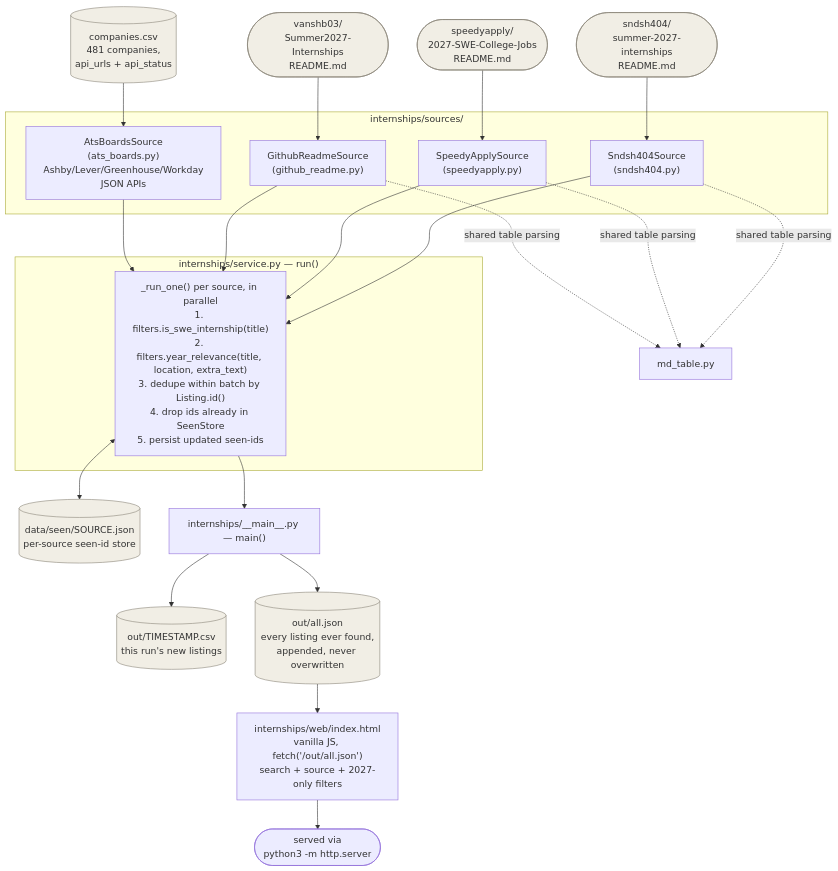
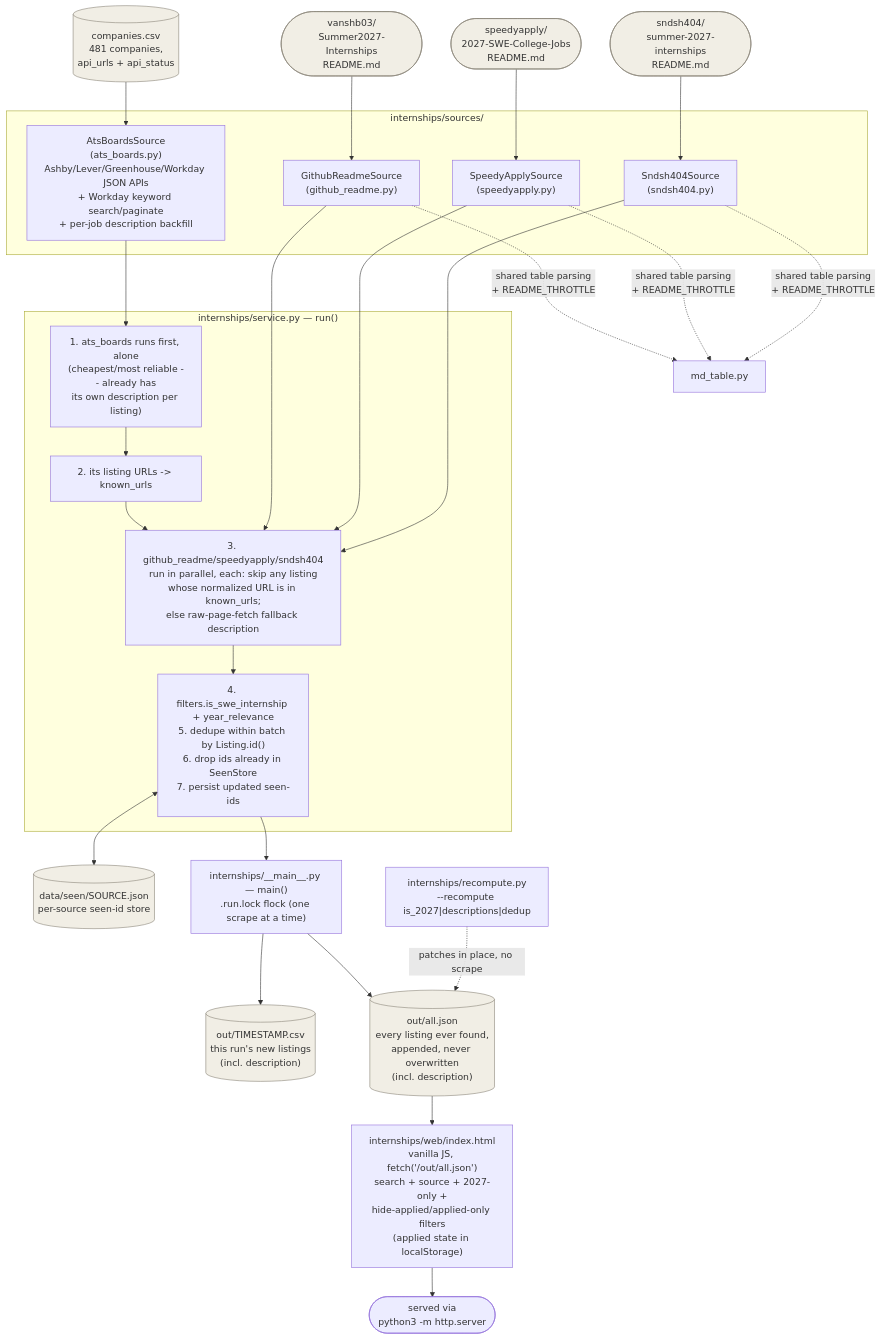
One commit to douglasichen/internships changed the diagram in docs/architecture.md. Above: the diagram before and after it, drawn with Mermaid. The commit also changed other lines of this file and 1 other file, not shown here.

Commit message:
Sync README.md and docs/architecture.md with this session's changes
Covers: --recompute (is_2027/descriptions/dedup), the description
field end-to-end, Workday keyword search/pagination, .run.lock,
README_THROTTLE, ats_boards-first + cross-source dedup ordering in
service.py, and the web UI's applied-tracking/filters. Corrected the
architecture doc's "No cross-source dedup" bullet, which is no longer
fully true (exact-URL dedup against ats_boards now exists).

````diff
--- a/docs/architecture.md
+++ b/docs/architecture.md
@@ -9,45 +9,51 @@
 ```mermaid
 flowchart TD
     subgraph Sources["internships/sources/"]
-        ATS["AtsBoardsSource\n(ats_boards.py)\nAshby/Lever/Greenhouse/Workday\nJSON APIs"]
+        ATS["AtsBoardsSource\n(ats_boards.py)\nAshby/Lever/Greenhouse/Workday JSON APIs\n+ Workday keyword search/paginate\n+ per-job description backfill"]
         GH["GithubReadmeSource\n(github_readme.py)"]
         SA["SpeedyApplySource\n(speedyapply.py)"]
         SN["Sndsh404Source\n(sndsh404.py)"]
     end
 
     CSV[("companies.csv\n481 companies,\napi_urls + api_status")] --> ATS
     R1(["vanshb03/\nSummer2027-Internships\nREADME.md"]) --> GH
     R2(["speedyapply/\n2027-SWE-College-Jobs\nREADME.md"]) --> SA
     R3(["sndsh404/\nsummer-2027-internships\nREADME.md"]) --> SN
 
-    GH -.->|shared table parsing| MD["md_table.py"]
-    SA -.->|shared table parsing| MD
-    SN -.->|shared table parsing| MD
-
-    ATS --> SVC
-    GH --> SVC
-    SA --> SVC
-    SN --> SVC
+    GH -.->|shared table parsing\n+ README_THROTTLE| MD["md_table.py"]
+    SA -.->|shared table parsing\n+ README_THROTTLE| MD
+    SN -.->|shared table parsing\n+ README_THROTTLE| MD
 
     subgraph Orchestrator["internships/service.py — run()"]
-        SVC["_run_one() per source, in parallel\n1. filters.is_swe_internship(title)\n2. filters.year_relevance(title, location, extra_text)\n3. dedupe within batch by Listing.id()\n4. drop ids already in SeenStore\n5. persist updated seen-ids"]
+        STEP1["1. ats_boards runs first, alone\n(cheapest/most reliable -- already has\nits own description per listing)"]
+        STEP2["2. its listing URLs -> known_urls"]
+        STEP3["3. github_readme/speedyapply/sndsh404\nrun in parallel, each: skip any listing\nwhose normalized URL is in known_urls;\nelse raw-page-fetch fallback description"]
+        STEP4["4. filters.is_swe_internship + year_relevance\n5. dedupe within batch by Listing.id()\n6. drop ids already in SeenStore\n7. persist updated seen-ids"]
+        STEP1 --> STEP2 --> STEP3 --> STEP4
     end
 
+    ATS --> STEP1
+    GH --> STEP3
+    SA --> STEP3
+    SN --> STEP3
+
     SEEN[("data/seen/SOURCE.json\nper-source seen-id store")]
-    SVC <--> SEEN
+    STEP4 <--> SEEN
 
-    SVC --> MAIN["internships/__main__.py — main()"]
-    MAIN --> CSVOUT[("out/TIMESTAMP.csv\nthis run's new listings")]
-    MAIN --> ALLJSON[("out/all.json\nevery listing ever found,\nappended, never overwritten")]
+    STEP4 --> MAIN["internships/__main__.py — main()\n.run.lock flock (one scrape at a time)"]
+    MAIN --> CSVOUT[("out/TIMESTAMP.csv\nthis run's new listings\n(incl. description)")]
+    MAIN --> ALLJSON[("out/all.json\nevery listing ever found,\nappended, never overwritten\n(incl. description)")]
 
-    ALLJSON --> WEB["internships/web/index.html\nvanilla JS, fetch('/out/all.json')\nsearch + source + 2027-only filters"]
+    RECOMPUTE["internships/recompute.py\n--recompute is_2027|descriptions|dedup"] -.->|patches in place, no scrape| ALLJSON
+
+    ALLJSON --> WEB["internships/web/index.html\nvanilla JS, fetch('/out/all.json')\nsearch + source + 2027-only +\nhide-applied/applied-only filters\n(applied state in localStorage)"]
     WEB --> Browser(["served via\npython3 -m http.server"])
 
     style CSV fill:#F1EEE5,stroke:#8A8478
     style R1 fill:#F1EEE5,stroke:#8A8478
     style R2 fill:#F1EEE5,stroke:#8A8478
     style R3 fill:#F1EEE5,stroke:#8A8478
     style SEEN fill:#F1EEE5,stroke:#8A8478
     style CSVOUT fill:#F1EEE5,stroke:#8A8478
     style ALLJSON fill:#F1EEE5,stroke:#8A8478
 ```
````
